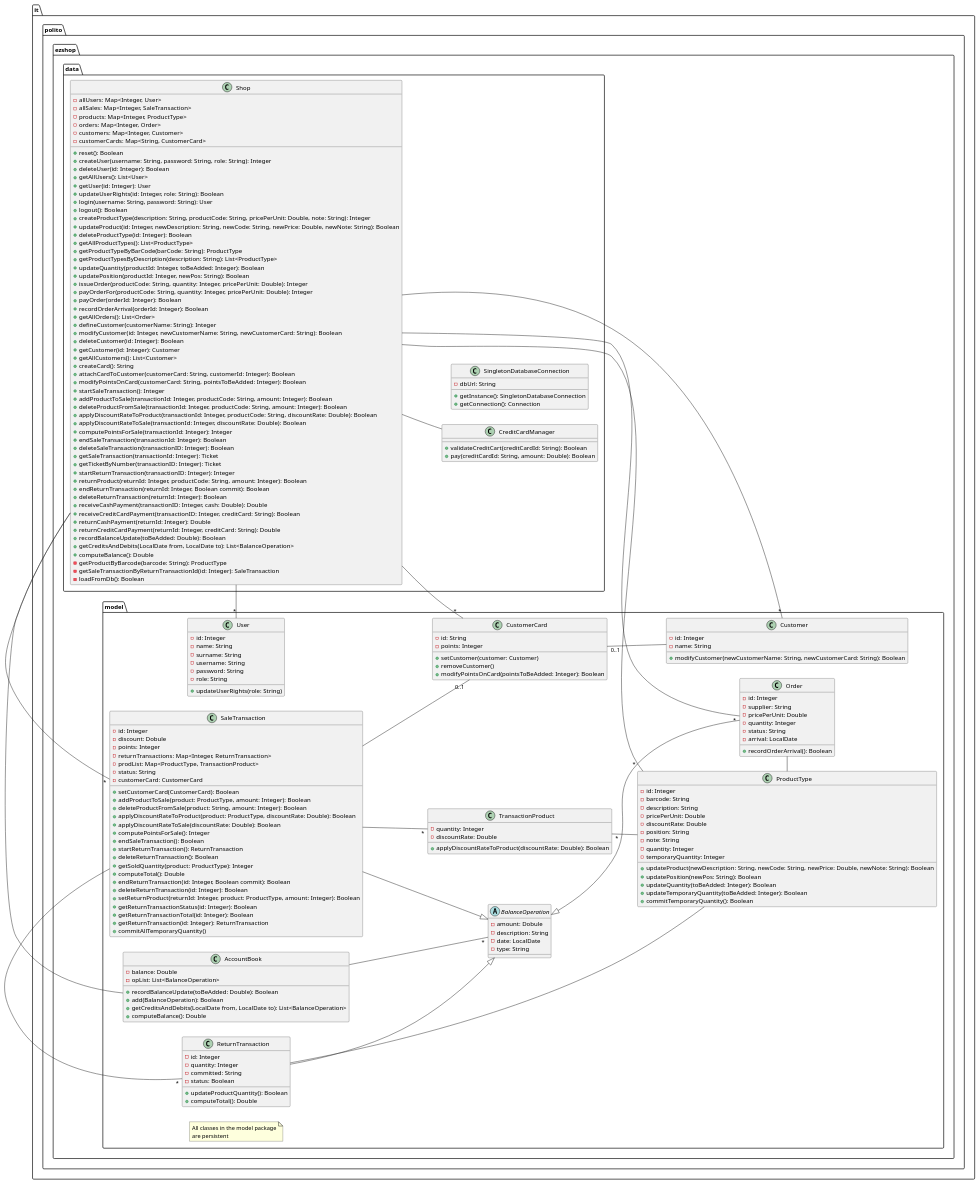
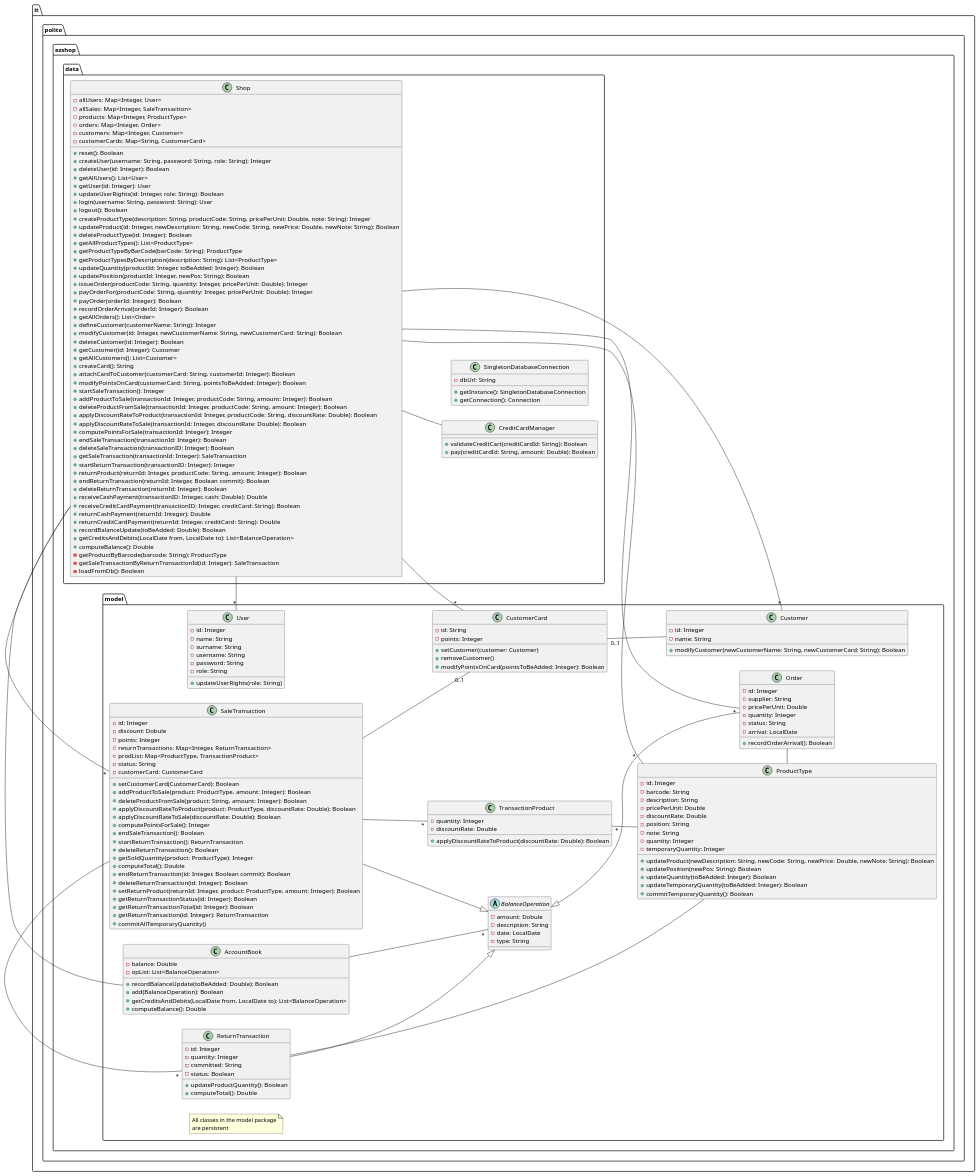
The second of 14 diagrams in Deliverables/DesignDocument.md (MatteoBattilana/EzShop), drawn with PlantUML before and after one commit. The commit also changed other lines of this file, not shown here.

```diff
--- a/Deliverables/DesignDocument.md
+++ b/Deliverables/DesignDocument.md
@@ -120,8 +120,7 @@
 + computePointsForSale(transactionId: Integer): Integer
 + endSaleTransaction(transactionId: Integer): Boolean
 + deleteSaleTransaction(transactionID: Integer): Boolean
-+ getSaleTransaction(transactionId: Integer): Ticket
-+ getTicketByNumber(transactionID: Integer): Ticket
++ getSaleTransaction(transactionId: Integer): SaleTransaction
 + startReturnTransaction(transactionID: Integer): Integer
 + returnProduct(returnId: Integer, productCode: String, amount: Integer): Boolean
 + endReturnTransaction(returnId: Integer, Boolean commit): Boolean
```
